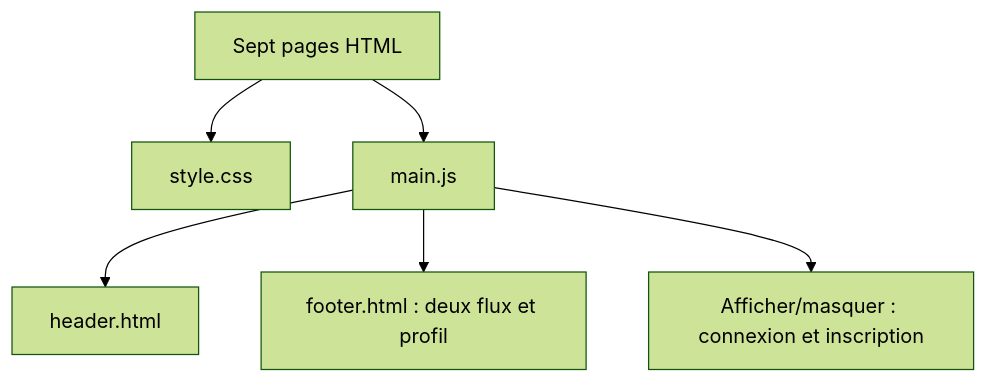
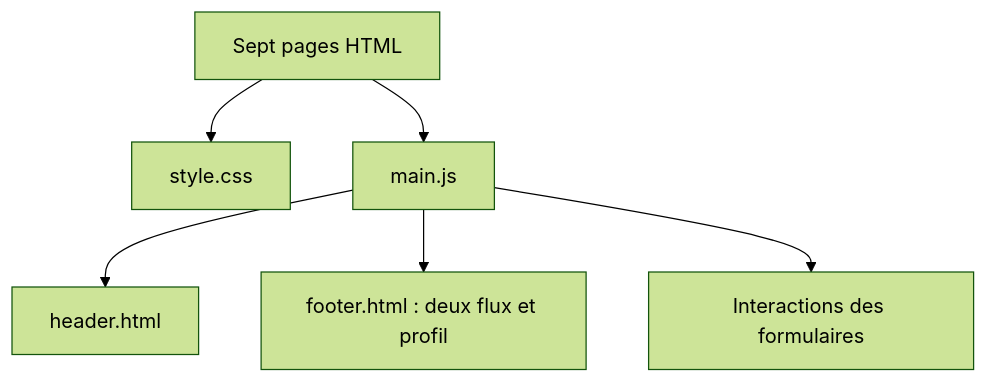
The diagram in README.md (SP-MMIBdx/M2-weux-projet-dev-ux), drawn with Mermaid (forest theme) before and after one commit. The commit also changed other lines of this file and 2 other files, not shown here.

````diff
--- a/README.md
+++ b/README.md
@@ -40,8 +40,8 @@
 ```mermaid
 flowchart TD
     Pages["Sept pages HTML"] --> CSS["style.css"]
     Pages --> JS["main.js"]
     JS --> Header["header.html"]
     JS --> Footer["footer.html : deux flux et profil"]
-    JS --> Passwords["Afficher/masquer : connexion et inscription"]
+    JS --> Interactions["Interactions des formulaires"]
 ```
````
